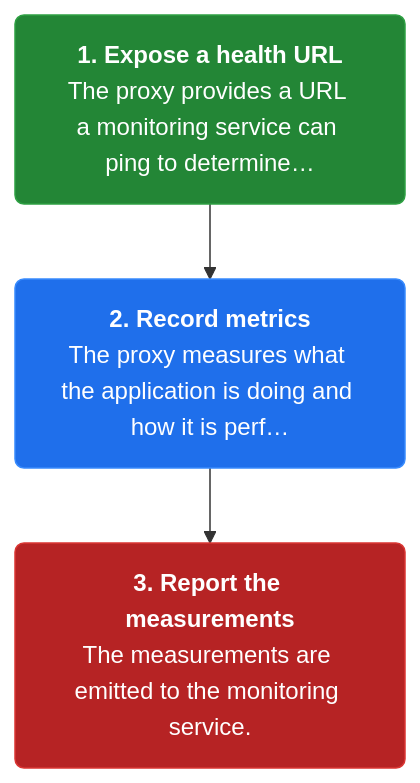
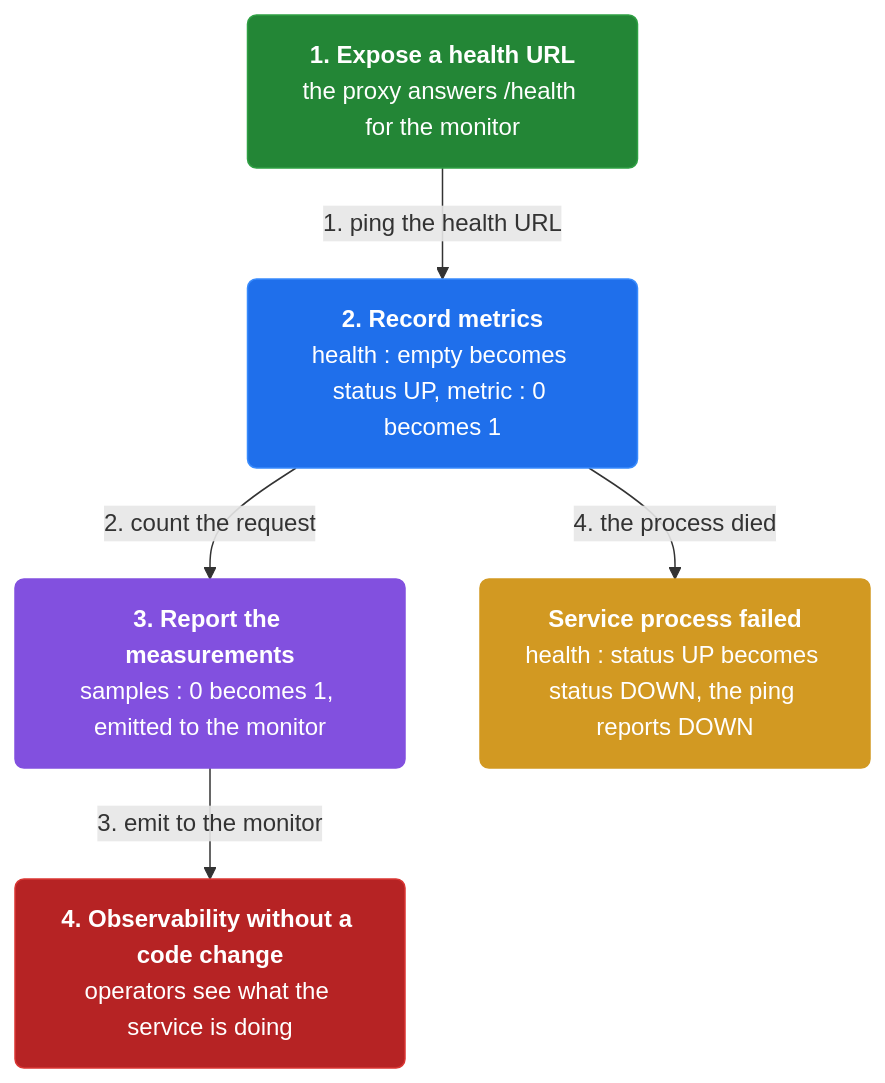
Before and after one commit to vinayakuber/microservices-io-study-guide: the third of 4 diagrams in docs/ch40-service-mesh.md, drawn with Mermaid. The commit also changed other lines of this file and 46 other files, not shown here.

First line of the commit message:
Author rich branching flow diagrams for all 44 chapters

````diff
--- a/docs/ch40-service-mesh.md
+++ b/docs/ch40-service-mesh.md
@@ -88,11 +100,17 @@
 ```mermaid
 flowchart TD
-  classDef step fill:#1f6feb,color:#ffffff,stroke:#388bfd,stroke-width:1px,rx:6
+  classDef step fill:#1f6feb,color:#ffffff,stroke:#388bfd,rx:6
+  classDef core fill:#8250df,color:#ffffff,stroke:#8250df,rx:6
+  classDef warn fill:#d29922,color:#ffffff,stroke:#d29922,rx:6
   classDef start fill:#238636,color:#ffffff,stroke:#2ea043,rx:6
   classDef stop fill:#b62324,color:#ffffff,stroke:#da3633,rx:6
-  s2n0["<b>1. Expose a health URL</b><br/>The proxy provides a URL a monitoring service can ping to determine…"]:::start
-  s2n1["<b>2. Record metrics</b><br/>The proxy measures what the application is doing and how it is perf…"]:::step
-  s2n2["<b>3. Report the measurements</b><br/>The measurements are emitted to the monitoring service."]:::stop
-  s2n0 --> s2n1
-  s2n1 --> s2n2
+  n0["<b>1. Expose a health URL</b><br/>the proxy answers /health for the monitor"]:::start
+  n1["<b>2. Record metrics</b><br/>health : empty becomes status UP, metric : 0 becomes 1"]:::step
+  n2["<b>3. Report the measurements</b><br/>samples : 0 becomes 1, emitted to the monitor"]:::core
+  n3["<b>4. Observability without a code change</b><br/>operators see what the service is doing"]:::stop
+  n4["<b>Service process failed</b><br/>health : status UP becomes status DOWN, the ping reports DOWN"]:::warn
+  n0 -->|"1. ping the health URL"| n1
+  n1 -->|"2. count the request"| n2
+  n2 -->|"3. emit to the monitor"| n3
+  n1 -->|"4. the process died"| n4
 ```
````
